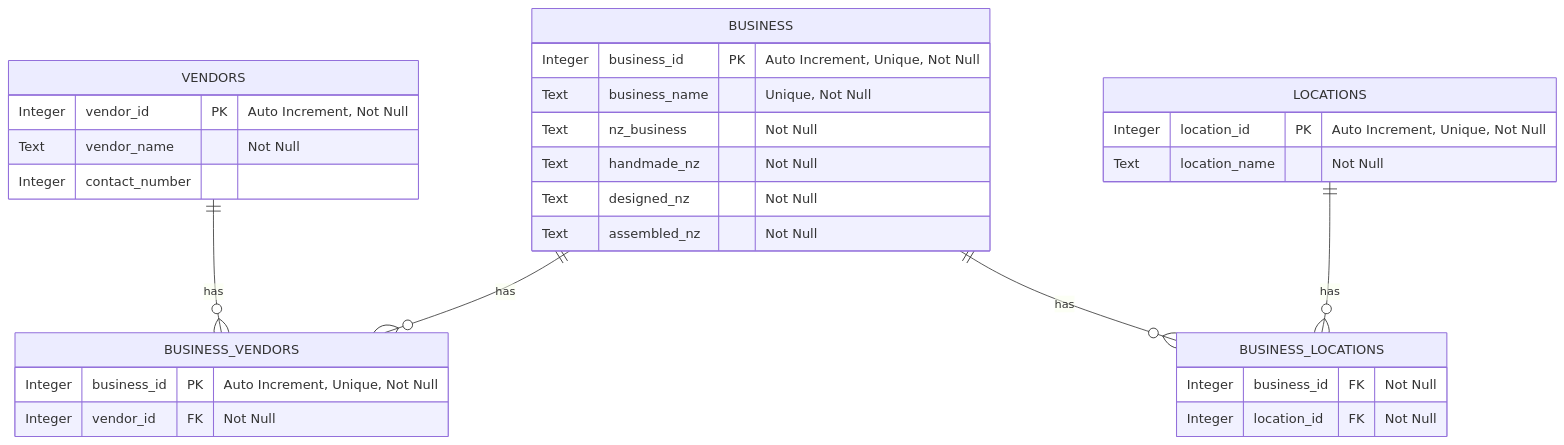
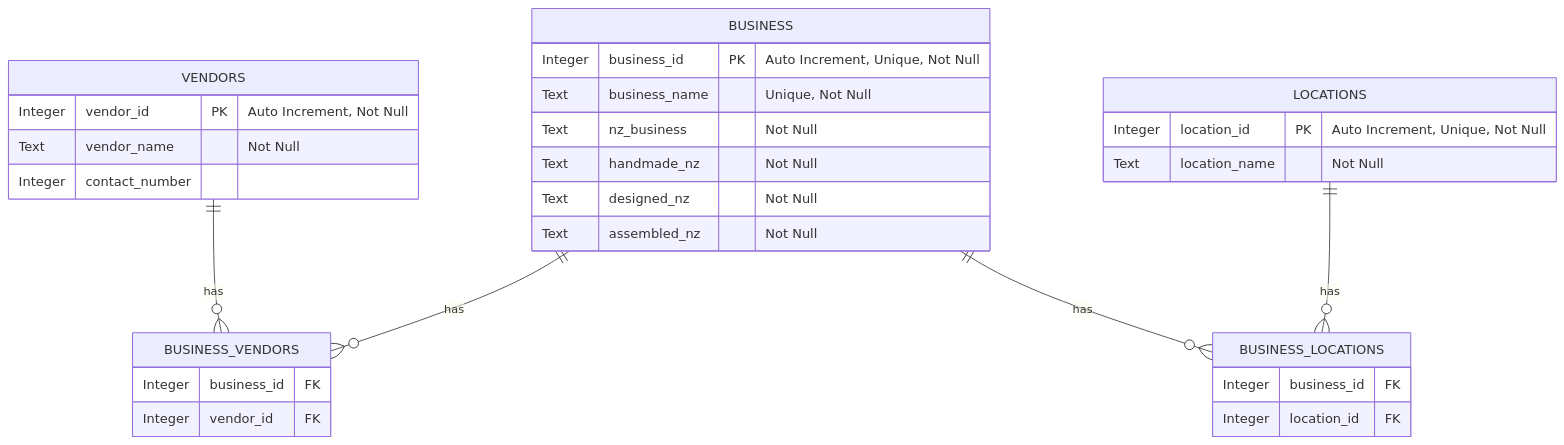
Before and after one commit to thomasem1369/12CSP_Flask: the diagram in architecture/database.mmd, drawn with Mermaid.

Commit message:
Updated Constraints

```diff
--- a/architecture/database.mmd
+++ b/architecture/database.mmd
@@ -1,38 +1,37 @@
 erDiagram
 
     VENDORS ||--o{BUSINESS_VENDORS : "has"
     BUSINESS ||--o{BUSINESS_VENDORS : "has"
     BUSINESS ||--o{ BUSINESS_LOCATIONS: "has"
     LOCATIONS ||--o{ BUSINESS_LOCATIONS: "has"
 
 
     BUSINESS{
         Integer business_id PK "Auto Increment, Unique, Not Null"
         Text business_name "Unique, Not Null"
         Text nz_business "Not Null"
         Text handmade_nz "Not Null"
         Text designed_nz "Not Null"
         Text assembled_nz "Not Null"
     }
 
     BUSINESS_VENDORS{
-        Integer business_id PK "Auto Increment, Unique, Not Null"
-        Integer vendor_id FK "Not Null"
+        Integer business_id FK
+        Integer vendor_id FK
     }
 
-
     BUSINESS_LOCATIONS {
-        Integer business_id FK "Not Null"
-        Integer location_id FK "Not Null"
+        Integer business_id FK 
+        Integer location_id FK 
     }
 
     LOCATIONS{
         Integer location_id PK "Auto Increment, Unique, Not Null"
         Text location_name "Not Null"
     }
 
     VENDORS{
         Integer vendor_id PK "Auto Increment, Not Null"
         Text vendor_name "Not Null"
         Integer contact_number 
     }
```
